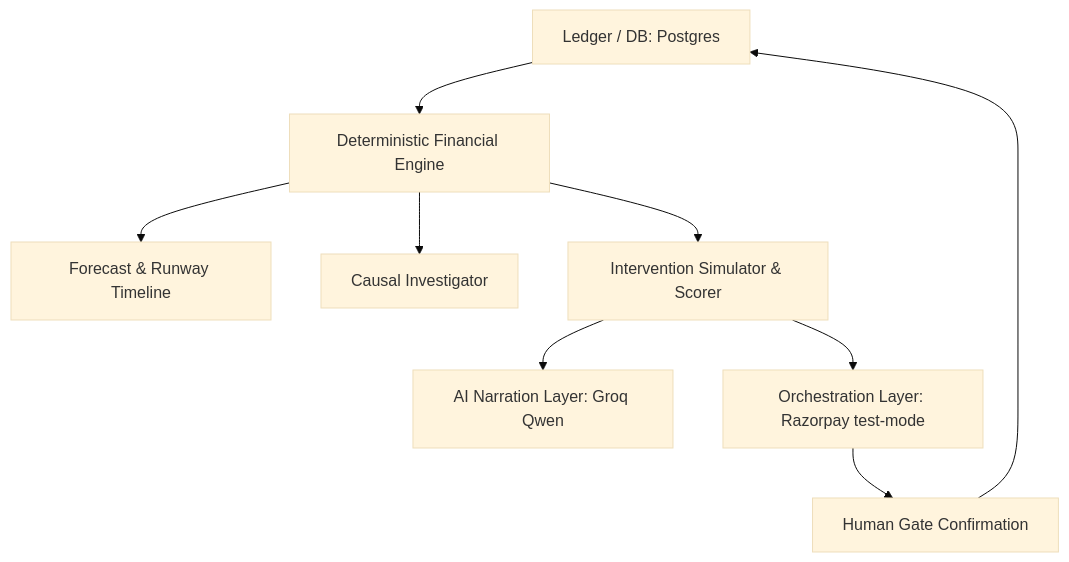
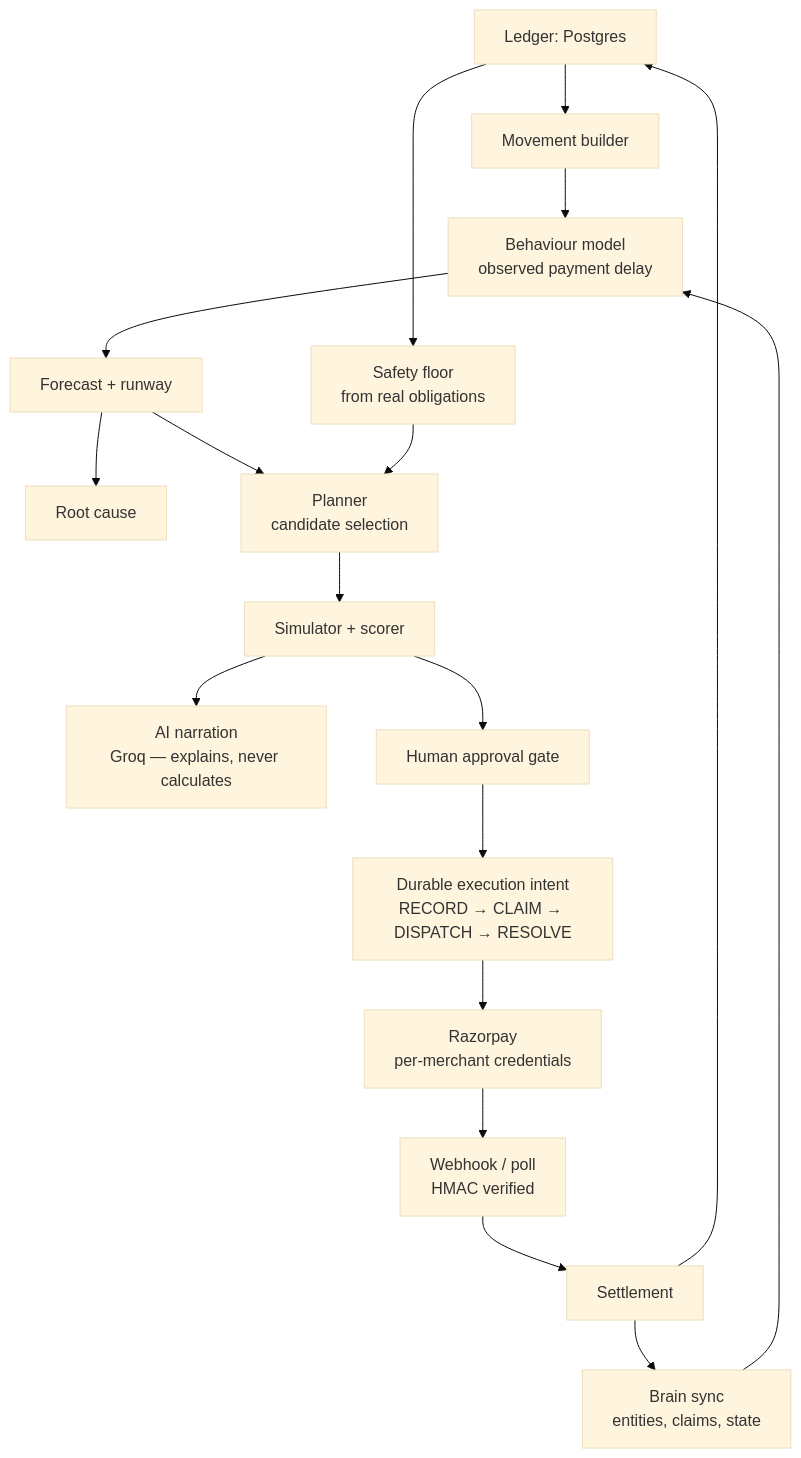
Before and after one commit to sujan-mitta/CashPilot: the diagram in README.md, drawn with Mermaid (base theme). The commit also changed other lines of this file and 5 other files, not shown here.

````diff
--- a/README.md
+++ b/README.md
@@ -11,11 +36,20 @@
 ```mermaid
 graph TD
-    A[Ledger / DB: Postgres] --> B[Deterministic Financial Engine]
-    B --> C[Forecast & Runway Timeline]
-    B --> D[Causal Investigator]
-    B --> E[Intervention Simulator & Scorer]
-    E --> F[AI Narration Layer: Groq Qwen]
-    E --> G[Orchestration Layer: Razorpay test-mode]
-    G --> H[Human Gate Confirmation]
-    H --> A
+    L[Ledger: Postgres] --> M[Movement builder]
+    M --> BM[Behaviour model<br/>observed payment delay]
+    BM --> F[Forecast + runway]
+    L --> SF[Safety floor<br/>from real obligations]
+    F --> RC[Root cause]
+    F --> P[Planner<br/>candidate selection]
+    SF --> P
+    P --> SIM[Simulator + scorer]
+    SIM --> AI[AI narration<br/>Groq — explains, never calculates]
+    SIM --> H[Human approval gate]
+    H --> EI[Durable execution intent<br/>RECORD → CLAIM → DISPATCH → RESOLVE]
+    EI --> RZ[Razorpay<br/>per-merchant credentials]
+    RZ --> WH[Webhook / poll<br/>HMAC verified]
+    WH --> S[Settlement]
+    S --> L
+    S --> BRAIN[Brain sync<br/>entities, claims, state]
+    BRAIN --> BM
 ```
````
